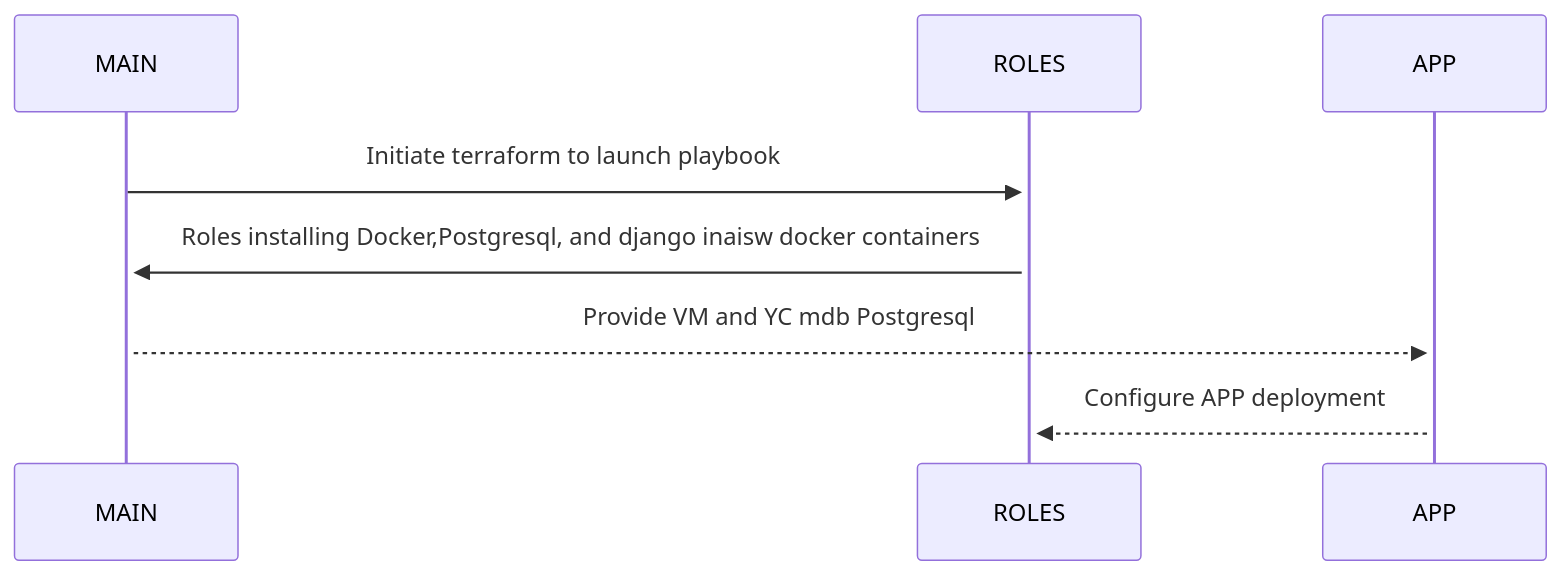
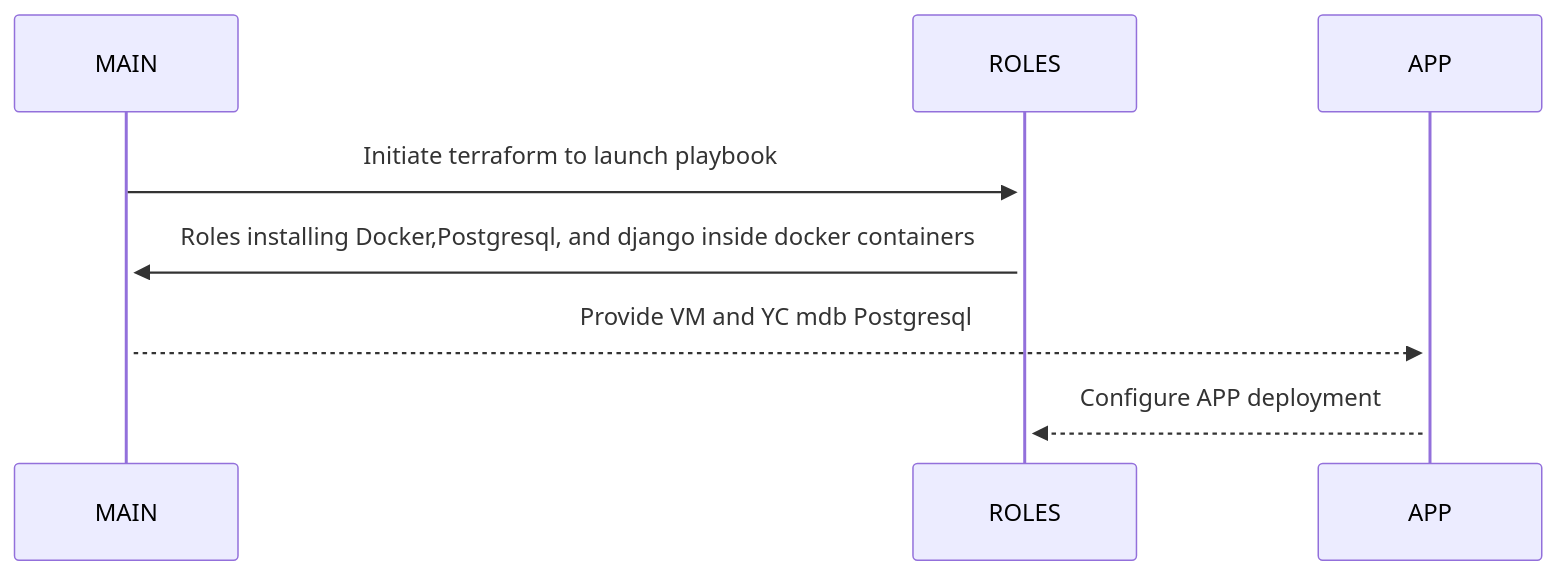
One commit to Morshimus/SkillFactory-B7-Project-Work-Webapp-MAIN changed the diagram in README.md. Above: the diagram before and after it, drawn with Mermaid.

````diff
--- a/README.md
+++ b/README.md
@@ -25,7 +25,7 @@
 ```mermaid
 sequenceDiagram
     MAIN->>+ROLES: Initiate terraform to launch playbook
-    ROLES->>+MAIN: Roles installing Docker,Postgresql, and django inaisw docker containers
+    ROLES->>+MAIN: Roles installing Docker,Postgresql, and django inside docker containers
     MAIN-->>+APP: Provide VM and YC mdb Postgresql
     APP-->>+ROLES: Configure APP deployment 
 ```
````
